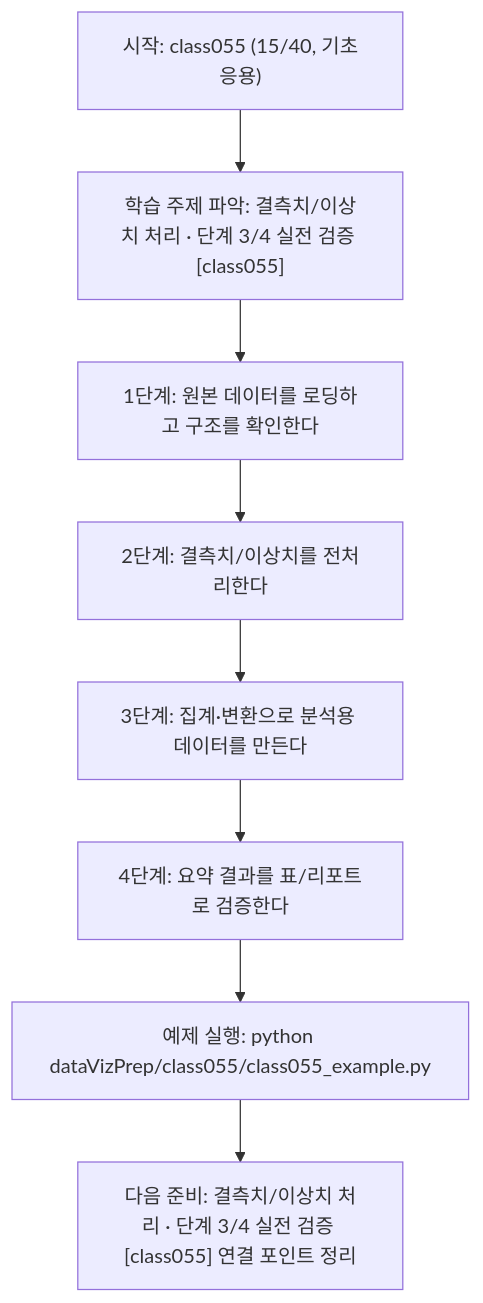
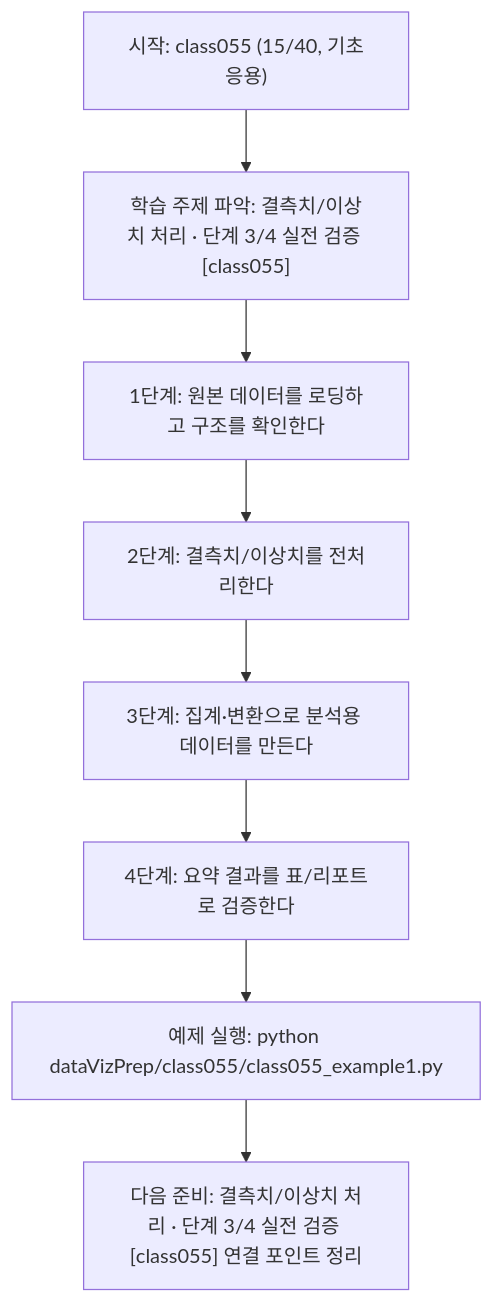
Before and after one commit to edumgt/Python-AI_Agent-Class: the diagram in dataVizPrep/class055/class055.md, drawn with Mermaid. The commit also changed other lines of this file and 2959 other files, not shown here.

````diff
--- a/dataVizPrep/class055/class055.md
+++ b/dataVizPrep/class055/class055.md
@@ -111,18 +111,18 @@
 ```mermaid
 flowchart TD
 N1["시작: class055 (15/40, 기초응용)"]
 N2["학습 주제 파악: 결측치/이상치 처리 · 단계 3/4 실전 검증 [class055]"]
 N3["1단계: 원본 데이터를 로딩하고 구조를 확인한다"]
 N4["2단계: 결측치/이상치를 전처리한다"]
 N5["3단계: 집계·변환으로 분석용 데이터를 만든다"]
 N6["4단계: 요약 결과를 표/리포트로 검증한다"]
-N7["예제 실행: python dataVizPrep/class055/class055_example.py"]
+N7["예제 실행: python dataVizPrep/class055/class055_example1.py"]
 N8["다음 준비: 결측치/이상치 처리 · 단계 3/4 실전 검증 [class055] 연결 포인트 정리"]
 N1 --> N2
 N2 --> N3
 N3 --> N4
 N4 --> N5
 N5 --> N6
 N6 --> N7
 N7 --> N8
 ```
````
